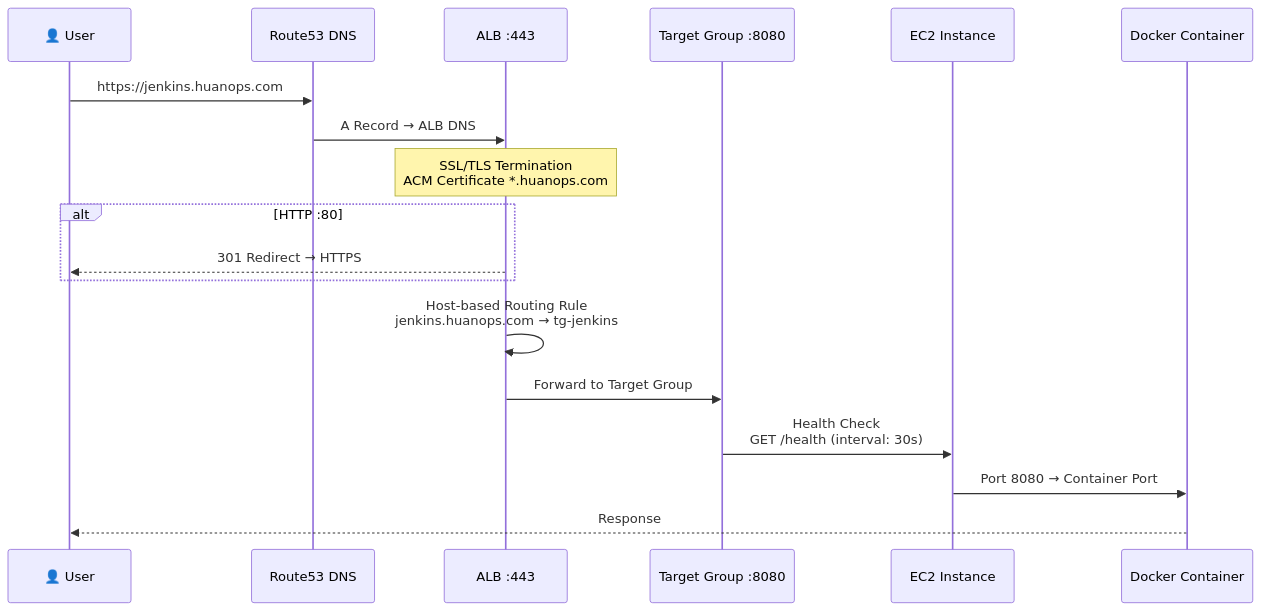
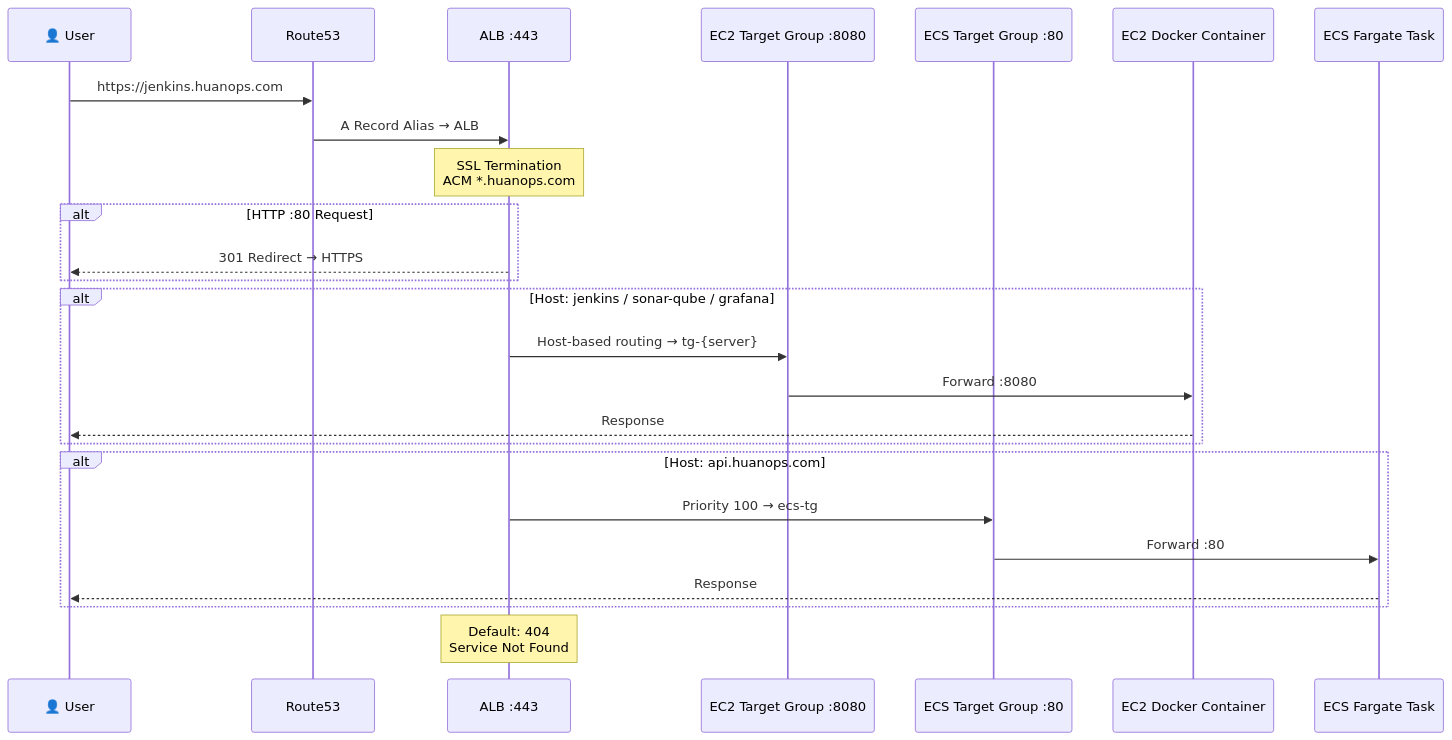
The second of 4 diagrams in README.md (senn404/AWS-ECS-Fargate-CI-CD-Pipeline), drawn with Mermaid before and after one commit. The commit also changed other lines of this file and 1 other file, not shown here.

Commit message:
docs: Expand README to include ECS Fargate workload details, Jenkins slave configuration, and refined network architecture diagrams.

````diff
--- a/README.md
+++ b/README.md
@@ -138,23 +185,32 @@
 ```mermaid
 sequenceDiagram
     participant User as 👤 User
-    participant DNS as Route53 DNS
+    participant DNS as Route53
     participant ALB as ALB :443
-    participant TG as Target Group :8080
-    participant EC2 as EC2 Instance
-    participant Docker as Docker Container
+    participant TG_EC2 as EC2 Target Group :8080
+    participant TG_ECS as ECS Target Group :80
+    participant EC2 as EC2 Docker Container
+    participant ECS as ECS Fargate Task
 
     User->>DNS: https://jenkins.huanops.com
-    DNS->>ALB: A Record → ALB DNS
-    Note over ALB: SSL/TLS Termination<br/>ACM Certificate *.huanops.com
+    DNS->>ALB: A Record Alias → ALB
+    Note over ALB: SSL Termination<br/>ACM *.huanops.com
 
-    alt HTTP :80
+    alt HTTP :80 Request
         ALB-->>User: 301 Redirect → HTTPS
     end
 
-    ALB->>ALB: Host-based Routing Rule<br/>jenkins.huanops.com → tg-jenkins
-    ALB->>TG: Forward to Target Group
-    TG->>EC2: Health Check<br/>GET /health (interval: 30s)
-    EC2->>Docker: Port 8080 → Container Port
-    Docker-->>User: Response
+    alt Host: jenkins / sonar-qube / grafana
+        ALB->>TG_EC2: Host-based routing → tg-{server}
+        TG_EC2->>EC2: Forward :8080
+        EC2-->>User: Response
+    end
+
+    alt Host: api.huanops.com
+        ALB->>TG_ECS: Priority 100 → ecs-tg
+        TG_ECS->>ECS: Forward :80
+        ECS-->>User: Response
+    end
+
+    Note over ALB: Default: 404<br/>Service Not Found
 ```
````
